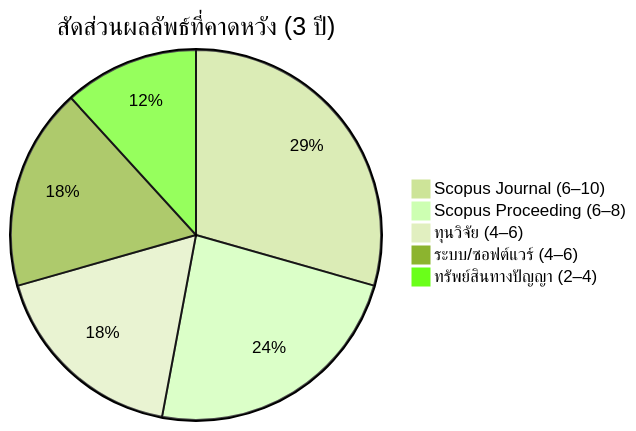
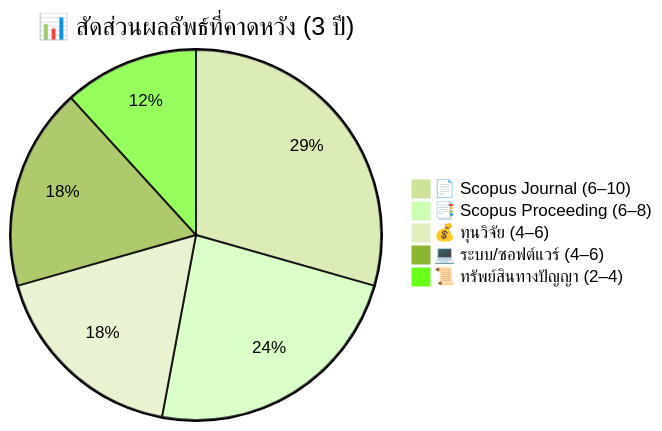
The fifth of 5 diagrams in research-plan/research_plan_2026_2029.md (nutthakorn7/kmutnb-fte-portfolio), drawn with Mermaid (forest theme) before and after one commit. The commit also changed other lines of this file, not shown here.

Commit message:
🎨 Premium v2: capsule-render, mindmap, collapsible sections, GitHub alerts, animated TOC

````diff
--- a/research-plan/research_plan_2026_2029.md
+++ b/research-plan/research_plan_2026_2029.md
@@ -251,8 +471,8 @@
 ```mermaid
-pie title สัดส่วนผลลัพธ์ที่คาดหวัง (3 ปี)
-    "Scopus Journal (6–10)" : 10
-    "Scopus Proceeding (6–8)" : 8
-    "ทุนวิจัย (4–6)" : 6
-    "ระบบ/ซอฟต์แวร์ (4–6)" : 6
-    "ทรัพย์สินทางปัญญา (2–4)" : 4
+pie title 📊 สัดส่วนผลลัพธ์ที่คาดหวัง (3 ปี)
+    "📄 Scopus Journal (6–10)" : 10
+    "📑 Scopus Proceeding (6–8)" : 8
+    "💰 ทุนวิจัย (4–6)" : 6
+    "💻 ระบบ/ซอฟต์แวร์ (4–6)" : 6
+    "📜 ทรัพย์สินทางปัญญา (2–4)" : 4
 ```
````
